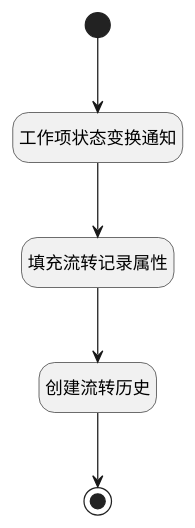
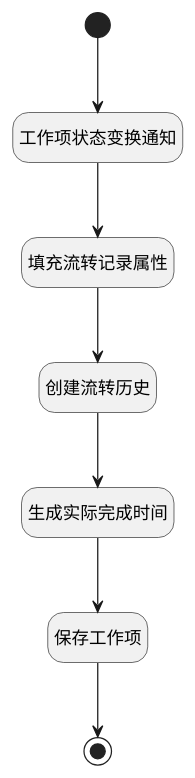
Before and after one commit to iBizLab/plm: the diagram in doc/docsify/module/ProjMgmt/work_item/logic/state_onchange.md, drawn with PlantUML. The commit also changed other lines of this file and 901 other files, not shown here.

````diff
--- a/doc/docsify/module/ProjMgmt/work_item/logic/state_onchange.md
+++ b/doc/docsify/module/ProjMgmt/work_item/logic/state_onchange.md
@@ -7,25 +7,29 @@
 ```plantuml
 @startuml
 hide empty description
 <style>
 root {
   HyperlinkColor #42b983
 }
 </style>
 
 hide empty description
 state "开始" as Begin <<start>> [[$./state_onchange#begin {"开始"}]]
 state "工作项状态变换通知" as DENOTIFY1  [[$./state_onchange#denotify1 {"工作项状态变换通知"}]]
 state "填充流转记录属性" as PREPAREPARAM1  [[$./state_onchange#prepareparam1 {"填充流转记录属性"}]]
 state "创建流转历史" as DEACTION1  [[$./state_onchange#deaction1 {"创建流转历史"}]]
+state "生成实际完成时间" as RAWSFCODE1  [[$./state_onchange#rawsfcode1 {"生成实际完成时间"}]]
+state "保存工作项" as DEACTION2  [[$./state_onchange#deaction2 {"保存工作项"}]]
 state "结束" as END1 <<end>> [[$./state_onchange#end1 {"结束"}]]
 
 
 Begin --> DENOTIFY1
 DENOTIFY1 --> PREPAREPARAM1
 PREPAREPARAM1 --> DEACTION1
-DEACTION1 --> END1
+DEACTION1 --> RAWSFCODE1
+RAWSFCODE1 --> DEACTION2
+DEACTION2 --> END1
 
 
 @enduml
 ```
````
